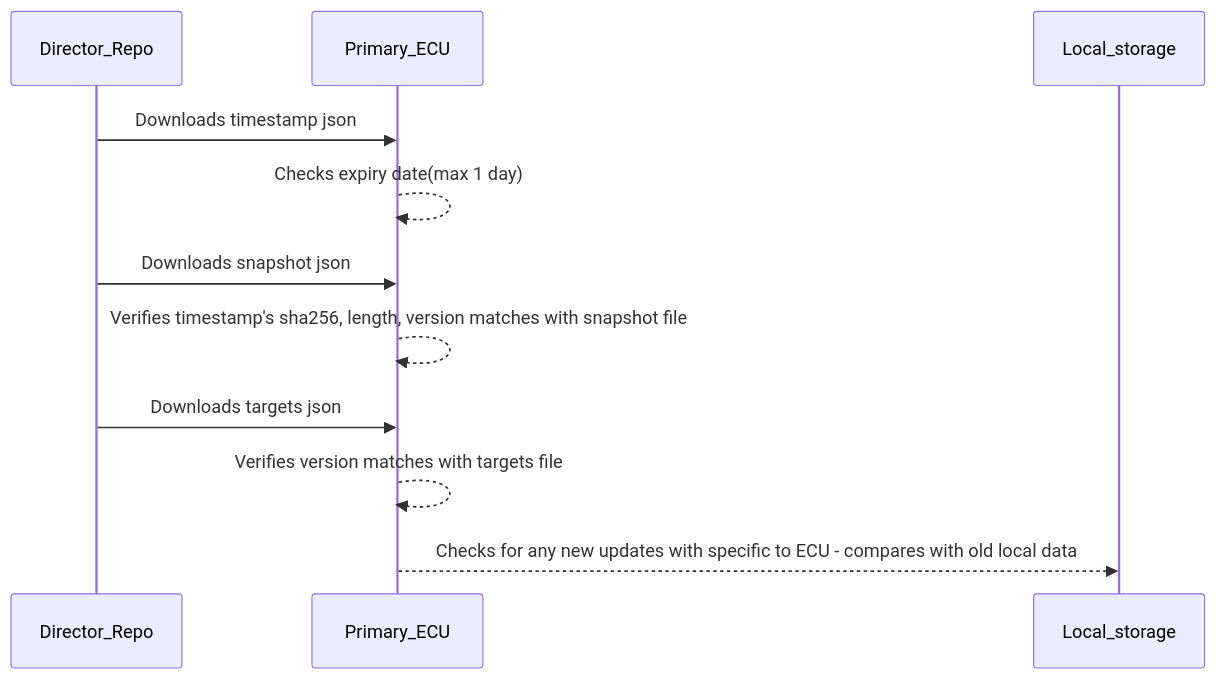
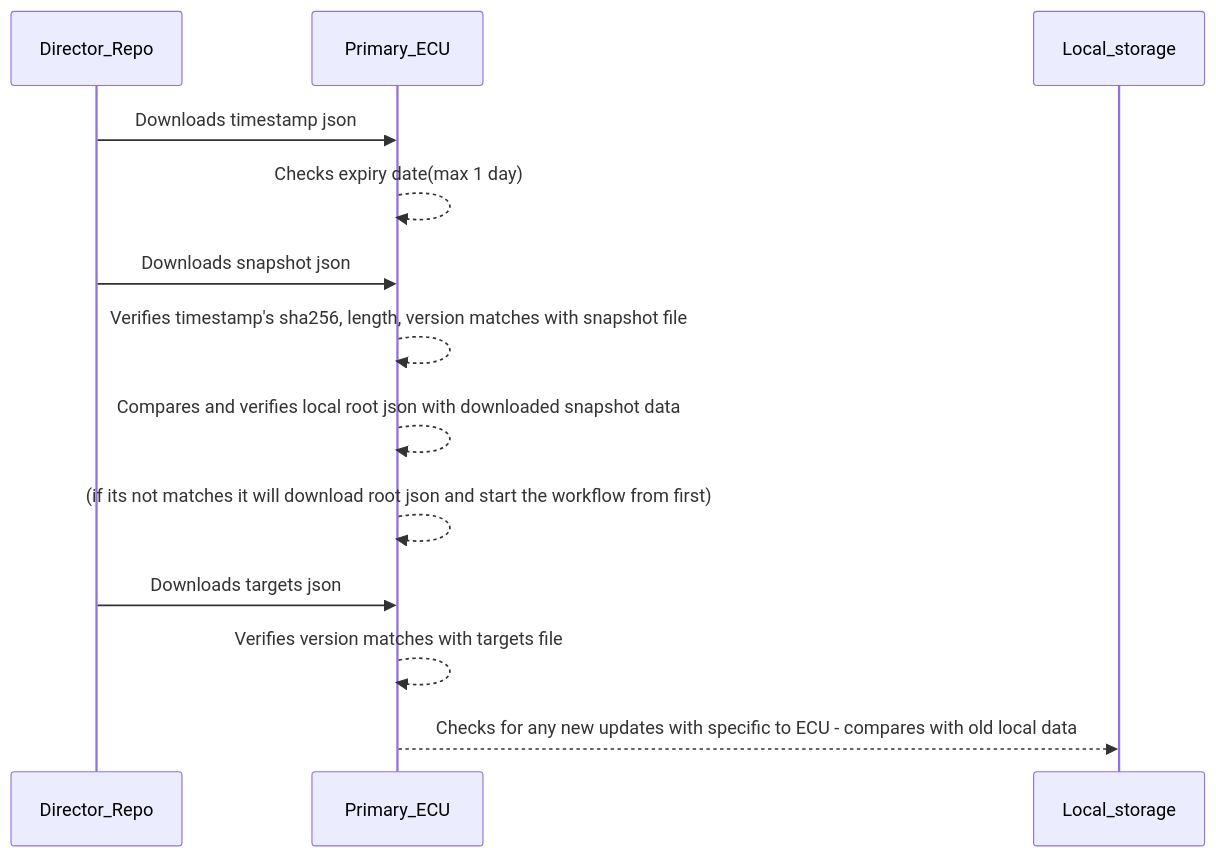
One commit to yokesharun/uptane changed the fourth of 6 diagrams in uptane-workflows.md. Above: the diagram before and after it, drawn with Mermaid.

````diff
--- a/uptane-workflows.md
+++ b/uptane-workflows.md
@@ -33,10 +33,12 @@
 ```mermaid
 sequenceDiagram
     Director_Repo->>Primary_ECU: Downloads timestamp json
     Primary_ECU-->>Primary_ECU: Checks expiry date(max 1 day)
     Director_Repo->>Primary_ECU: Downloads snapshot json
     Primary_ECU-->>Primary_ECU: Verifies timestamp's sha256, length, version matches with snapshot file
+    Primary_ECU-->>Primary_ECU: Compares and verifies local root json with downloaded snapshot data 
+    Primary_ECU-->>Primary_ECU: (if its not matches it will download root json and start the workflow from first)
     Director_Repo->>Primary_ECU: Downloads targets json
     Primary_ECU-->>Primary_ECU: Verifies version matches with targets file
     Primary_ECU-->>Local_storage: Checks for any new updates with specific to ECU - compares with old local data
 ```
````
